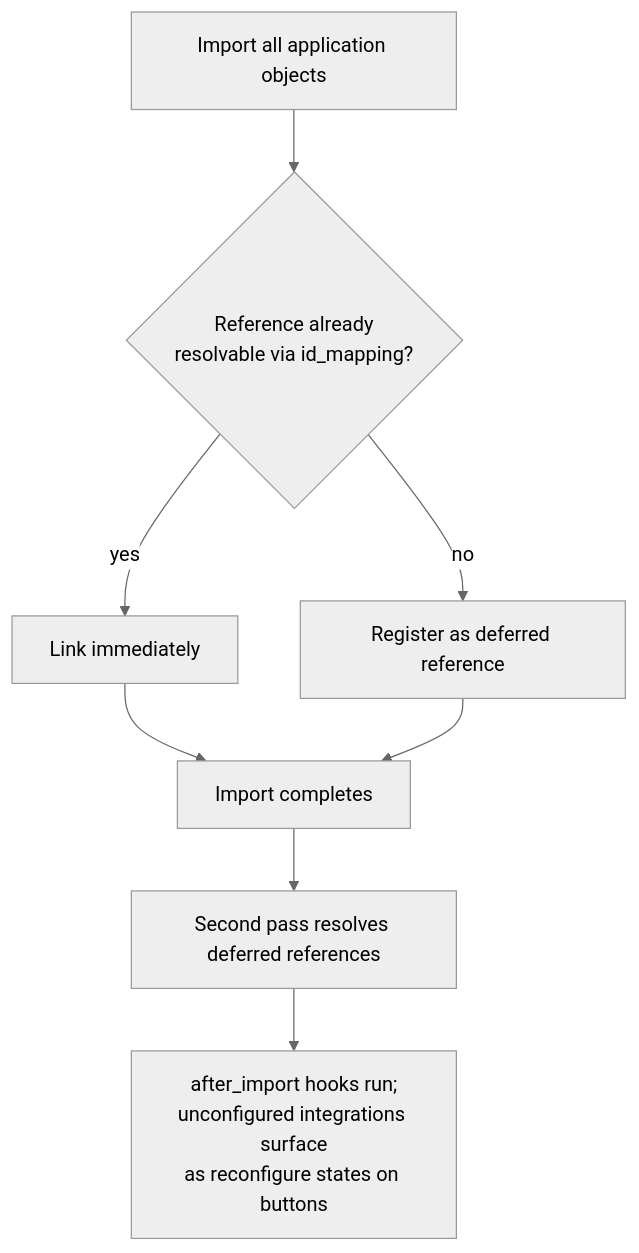
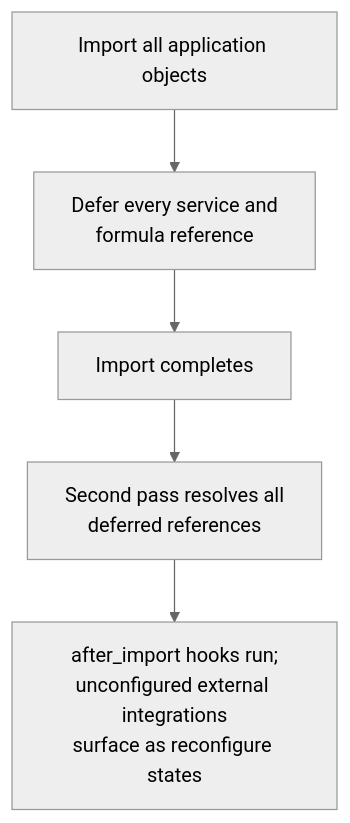
Before and after one commit to baserow/baserow: the fourth of 4 diagrams in docs/decisions/006-button-field-workflow-actions.md, drawn with Mermaid (neutral theme). The commit also changed other lines of this file, not shown here.

First line of the commit message:
docs: simplify button field ADR import pass per review

````diff
--- a/docs/decisions/006-button-field-workflow-actions.md
+++ b/docs/decisions/006-button-field-workflow-actions.md
@@ -239,10 +246,7 @@
 ```mermaid
 flowchart TD
-    A["Import all application objects"] --> B{"Reference already<br/>resolvable via id_mapping?"}
-    B -->|yes| C["Link immediately"]
-    B -->|no| D["Register as deferred reference"]
-    C --> E["Import completes"]
-    D --> E
-    E --> F["Second pass resolves deferred references"]
-    F --> G["after_import hooks run;<br/>unconfigured integrations surface<br/>as reconfigure states on buttons"]
+    A["Import all application objects"] --> B["Defer every service and<br/>formula reference"]
+    B --> C["Import completes"]
+    C --> D["Second pass resolves all<br/>deferred references"]
+    D --> E["after_import hooks run;<br/>unconfigured external integrations<br/>surface as reconfigure states"]
 ```
````
